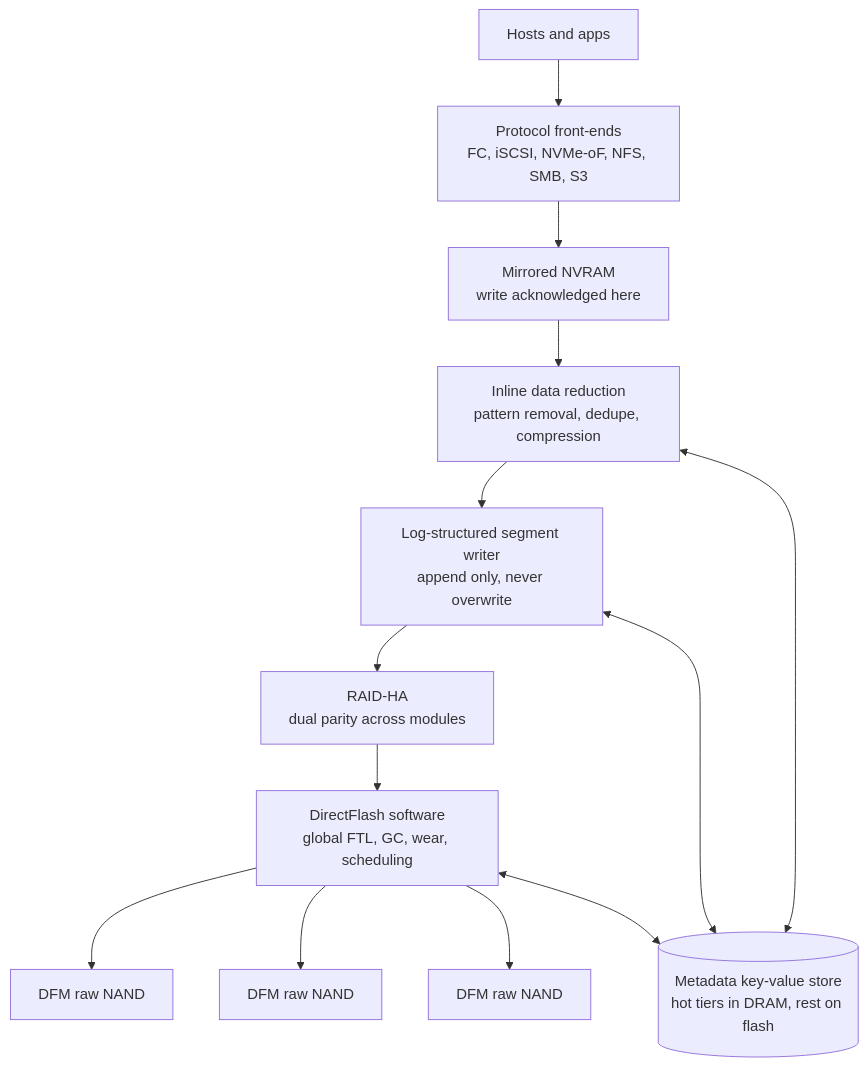
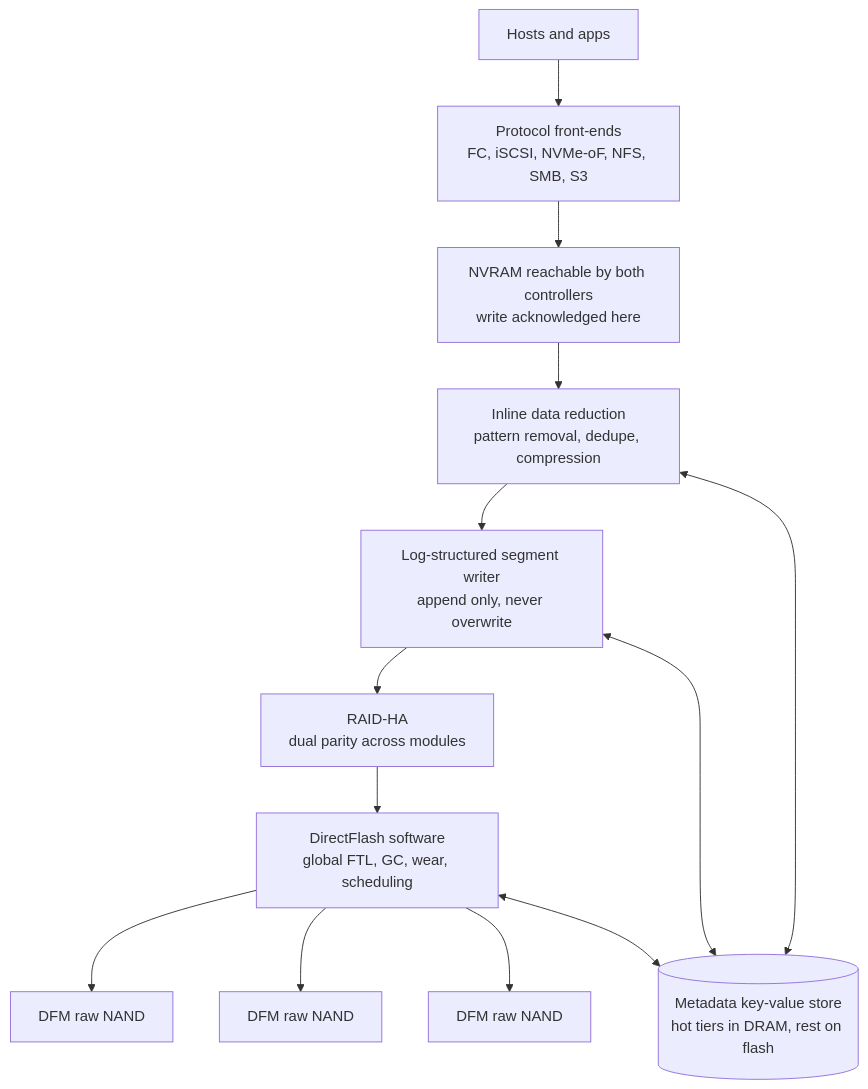
One commit to FrankHuang94/storage-_db_claude changed the first of 3 diagrams in docs/04-everpure/26-purity-and-directflash.md. Above: the diagram before and after it, drawn with Mermaid. The commit also changed other lines of this file and 7 other files, not shown here.

First line of the commit message:
review(part8): re-sync Ch 55-60 with reviewed chapters (~45 fixes); cross-part consistency: MLPerf 'peer-reviewed' not 'audited', FlashArray NVRAM reachable by both controllers, hyperscaler IP claim qualified

````diff
--- a/docs/04-everpure/26-purity-and-directflash.md
+++ b/docs/04-everpure/26-purity-and-directflash.md
@@ -26,16 +26,16 @@
 ```mermaid
 flowchart TB
     H["Hosts and apps"] --> FE["Protocol front-ends<br/>FC, iSCSI, NVMe-oF, NFS, SMB, S3"]
-    FE --> NV["Mirrored NVRAM<br/>write acknowledged here"]
+    FE --> NV["NVRAM reachable by both controllers<br/>write acknowledged here"]
     NV --> DR["Inline data reduction<br/>pattern removal, dedupe, compression"]
     DR --> LS["Log-structured segment writer<br/>append only, never overwrite"]
     LS --> RH["RAID-HA<br/>dual parity across modules"]
     RH --> DF["DirectFlash software<br/>global FTL, GC, wear, scheduling"]
     DF --> M1["DFM raw NAND"]
     DF --> M2["DFM raw NAND"]
     DF --> M3["DFM raw NAND"]
     KV[("Metadata key-value store<br/>hot tiers in DRAM, rest on flash")]
     DR <--> KV
     LS <--> KV
     DF <--> KV
 ```
````
